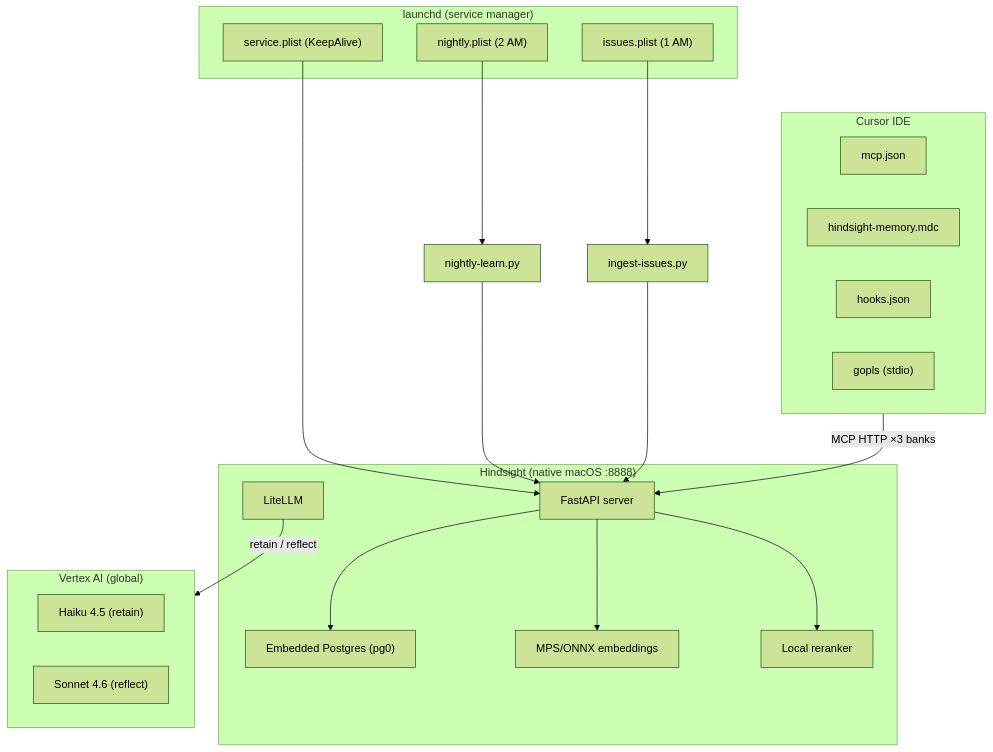
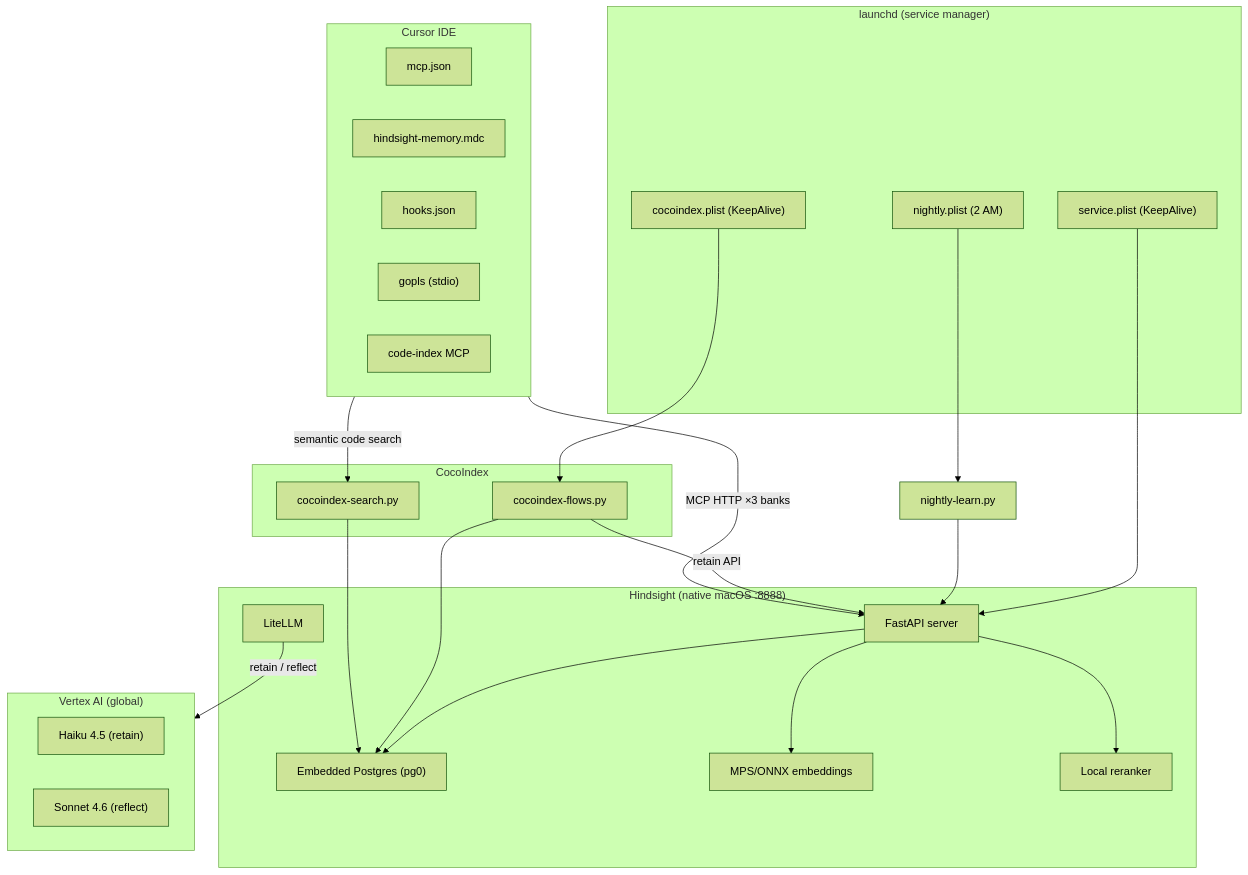
The second of 4 diagrams in docs/README.md (jordigilh/engram), drawn with Mermaid (forest theme) before and after one commit. The commit also changed other lines of this file and 4 other files, not shown here.

First line of the commit message:
Update documentation for CocoIndex architecture and expected benefits

````diff
--- a/docs/README.md
+++ b/docs/README.md
@@ -54,39 +70,48 @@
 ```mermaid
 graph TB
     subgraph cursor["Cursor IDE"]
         mcp_cfg["mcp.json"]
         rule["hindsight-memory.mdc"]
         hooks["hooks.json"]
         gopls["gopls (stdio)"]
+        code_mcp["code-index MCP"]
     end
 
     subgraph engram["Hindsight (native macOS :8888)"]
         api["FastAPI server"]
         pg["Embedded Postgres (pg0)"]
         emb["MPS/ONNX embeddings"]
         rerank["Local reranker"]
         litellm["LiteLLM"]
     end
 
+    subgraph cocoindex_engine["CocoIndex"]
+        coco_flows["cocoindex-flows.py"]
+        coco_search["cocoindex-search.py"]
+    end
+
     subgraph vertex["Vertex AI (global)"]
         haiku["Haiku 4.5 (retain)"]
         sonnet["Sonnet 4.6 (reflect)"]
     end
 
     subgraph launchd["launchd (service manager)"]
         svc["service.plist (KeepAlive)"]
         nightly_plist["nightly.plist (2 AM)"]
-        issues_plist["issues.plist (1 AM)"]
+        coco_plist["cocoindex.plist (KeepAlive)"]
     end
 
     cursor -->|"MCP HTTP ×3 banks"| api
+    cursor -->|"semantic code search"| coco_search
     api --> pg
     api --> emb
     api --> rerank
     litellm -->|"retain / reflect"| vertex
     svc --> api
     nightly_plist --> nightly_script["nightly-learn.py"]
-    issues_plist --> issues_script["ingest-issues.py"]
+    coco_plist --> coco_flows
     nightly_script --> api
-    issues_script --> api
+    coco_flows --> pg
+    coco_flows -->|"retain API"| api
+    coco_search --> pg
 ```
````
